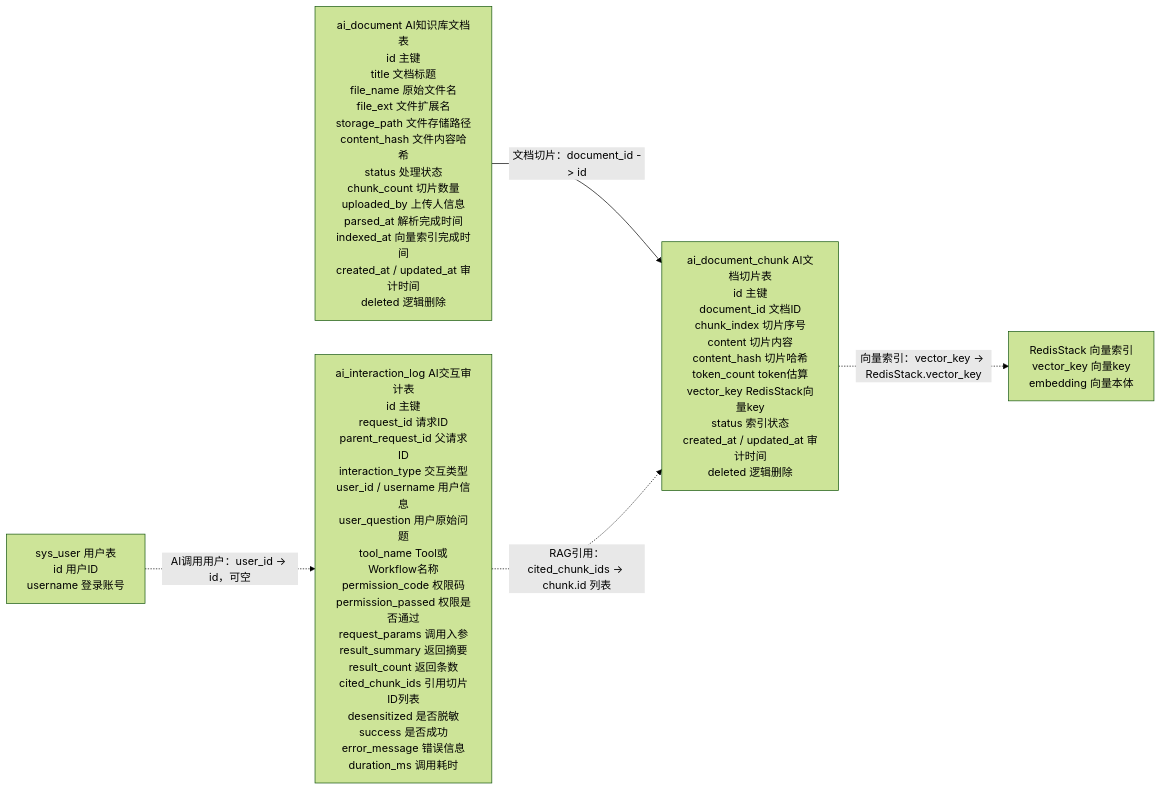
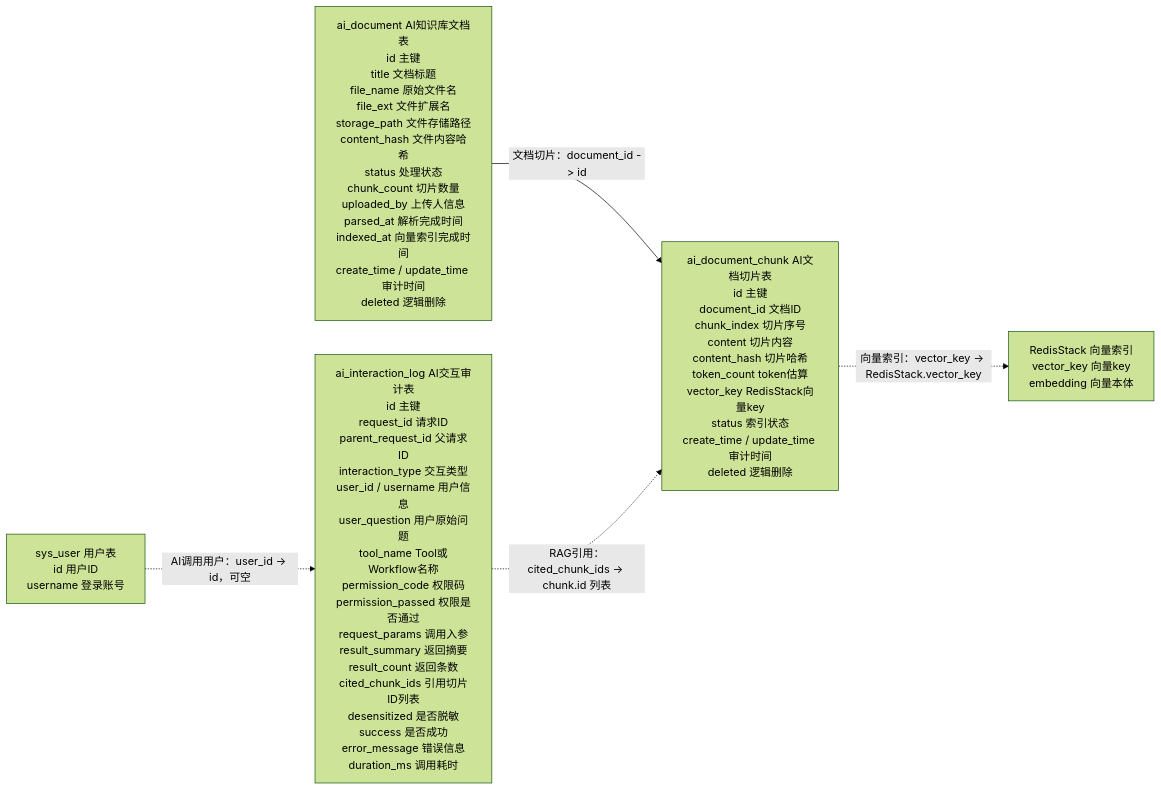
Diagram 11 of 11 in docs/database/mvp-database-design-overview.md (LI-S-H/qiheng-erp), drawn with Mermaid (forest theme) before and after one commit. The commit also changed other lines of this file and 69 other files, not shown here.

````diff
--- a/docs/database/mvp-database-design-overview.md
+++ b/docs/database/mvp-database-design-overview.md
@@ -780,13 +780,13 @@
 ```mermaid
 flowchart LR
-    document["ai_document AI知识库文档表<br/>id 主键<br/>title 文档标题<br/>file_name 原始文件名<br/>file_ext 文件扩展名<br/>storage_path 文件存储路径<br/>content_hash 文件内容哈希<br/>status 处理状态<br/>chunk_count 切片数量<br/>uploaded_by 上传人信息<br/>parsed_at 解析完成时间<br/>indexed_at 向量索引完成时间<br/>created_at / updated_at 审计时间<br/>deleted 逻辑删除"]
-    chunk["ai_document_chunk AI文档切片表<br/>id 主键<br/>document_id 文档ID<br/>chunk_index 切片序号<br/>content 切片内容<br/>content_hash 切片哈希<br/>token_count token估算<br/>vector_key RedisStack向量key<br/>status 索引状态<br/>created_at / updated_at 审计时间<br/>deleted 逻辑删除"]
+    document["ai_document AI知识库文档表<br/>id 主键<br/>title 文档标题<br/>file_name 原始文件名<br/>file_ext 文件扩展名<br/>storage_path 文件存储路径<br/>content_hash 文件内容哈希<br/>status 处理状态<br/>chunk_count 切片数量<br/>uploaded_by 上传人信息<br/>parsed_at 解析完成时间<br/>indexed_at 向量索引完成时间<br/>create_time / update_time 审计时间<br/>deleted 逻辑删除"]
+    chunk["ai_document_chunk AI文档切片表<br/>id 主键<br/>document_id 文档ID<br/>chunk_index 切片序号<br/>content 切片内容<br/>content_hash 切片哈希<br/>token_count token估算<br/>vector_key RedisStack向量key<br/>status 索引状态<br/>create_time / update_time 审计时间<br/>deleted 逻辑删除"]
     log["ai_interaction_log AI交互审计表<br/>id 主键<br/>request_id 请求ID<br/>parent_request_id 父请求ID<br/>interaction_type 交互类型<br/>user_id / username 用户信息<br/>user_question 用户原始问题<br/>tool_name Tool或Workflow名称<br/>permission_code 权限码<br/>permission_passed 权限是否通过<br/>request_params 调用入参<br/>result_summary 返回摘要<br/>result_count 返回条数<br/>cited_chunk_ids 引用切片ID列表<br/>desensitized 是否脱敏<br/>success 是否成功<br/>error_message 错误信息<br/>duration_ms 调用耗时"]
     redis["RedisStack 向量索引<br/>vector_key 向量key<br/>embedding 向量本体"]
     userRef["sys_user 用户表<br/>id 用户ID<br/>username 登录账号"]
 
     document -->|"文档切片：document_id -> id"| chunk
     chunk -.->|"向量索引：vector_key -> RedisStack.vector_key"| redis
     log -.->|"RAG引用：cited_chunk_ids -> chunk.id 列表"| chunk
     userRef -.->|"AI调用用户：user_id -> id，可空"| log
 ```
````
